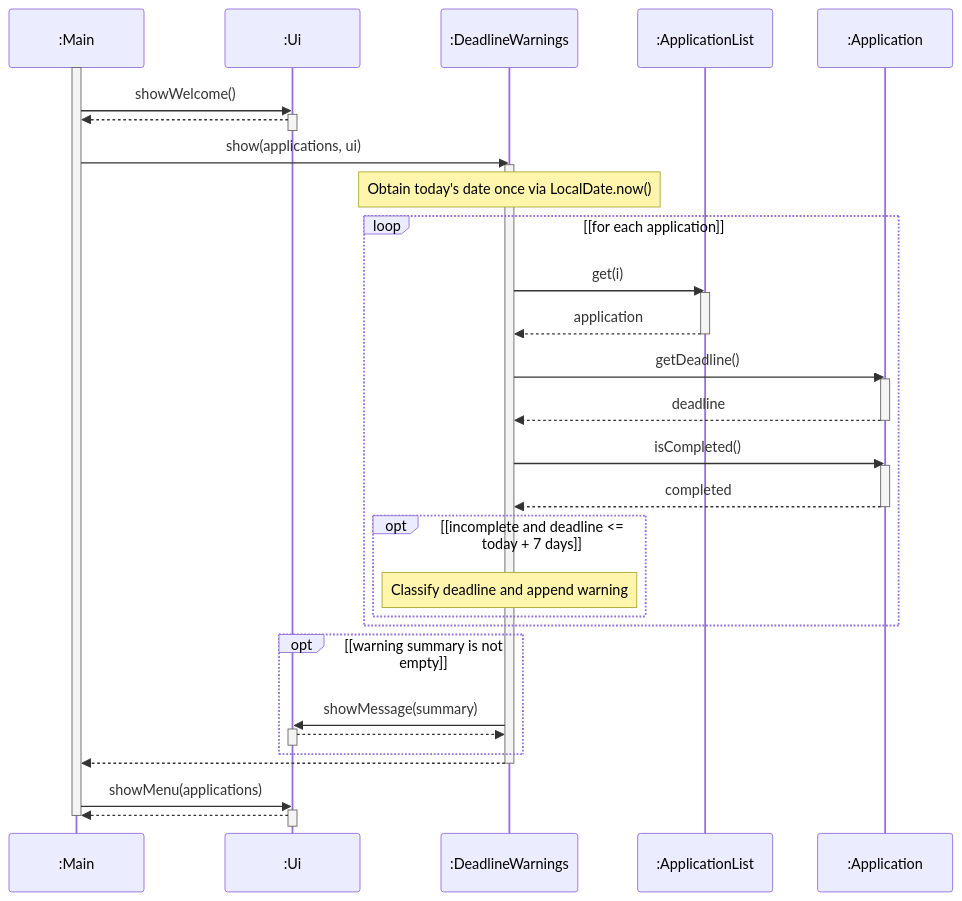
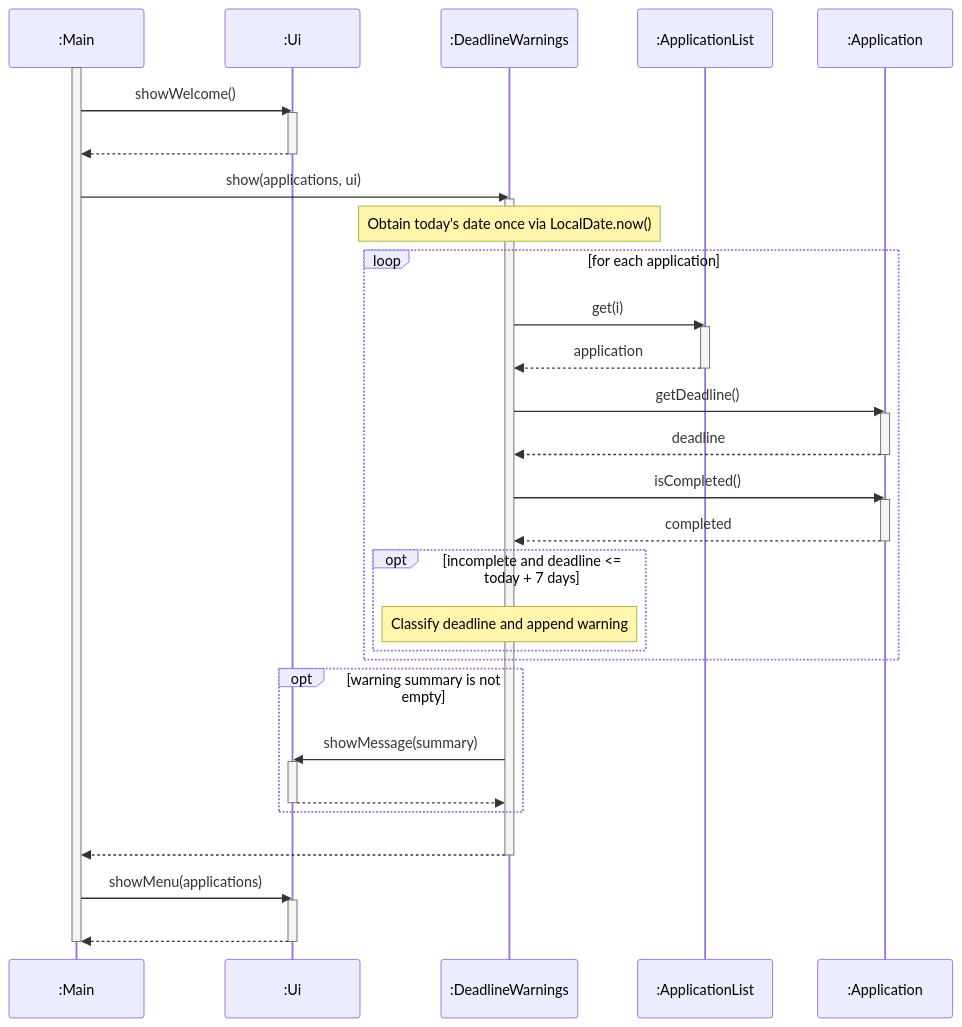
Diagram 19 of 22 in docs/DeveloperGuide.md (AY2627S1-CS2113-T10-2/tp), drawn with Mermaid before and after one commit. The commit also changed other lines of this file, not shown here.

First line of the commit message:
docs: align sequence return arrows and enhance class diagram resolution

````diff
--- a/docs/DeveloperGuide.md
+++ b/docs/DeveloperGuide.md
@@ -1018,52 +1092,56 @@
 ```mermaid
+---
+config:
+  themeCSS: ".actor-line { stroke-dasharray: 4, 4 !important; } line.loopLine:not([style*='stroke-dasharray']) { stroke-dasharray: none !important; }"
+---
 sequenceDiagram
     participant main as :Main
     participant ui as :Ui
     participant warnings as :DeadlineWarnings
     participant list as :ApplicationList
     participant app as :Application
 
     activate main
     main->>ui: showWelcome()
     activate ui
-    ui-->>main: 
+    ui-->>main: ​
     deactivate ui
 
     main->>warnings: show(applications, ui)
     activate warnings
     Note over warnings: Obtain today's date once via LocalDate.now()
 
-    loop [for each application]
+    loop for each application
         warnings->>list: get(i)
         activate list
         list-->>warnings: application
         deactivate list
         warnings->>app: getDeadline()
         activate app
         app-->>warnings: deadline
         deactivate app
         warnings->>app: isCompleted()
         activate app
         app-->>warnings: completed
         deactivate app
 
-        opt [incomplete and deadline <= today + 7 days]
+        opt incomplete and deadline <= today + 7 days
             Note over warnings: Classify deadline and append warning
         end
     end
 
-    opt [warning summary is not empty]
+    opt warning summary is not empty
         warnings->>ui: showMessage(summary)
         activate ui
-        ui-->>warnings: 
+        ui-->>warnings: ​
         deactivate ui
     end
 
-    warnings-->>main: 
+    warnings-->>main: ​
     deactivate warnings
     main->>ui: showMenu(applications)
     activate ui
-    ui-->>main: 
+    ui-->>main: ​
     deactivate ui
     deactivate main
 ```
````
